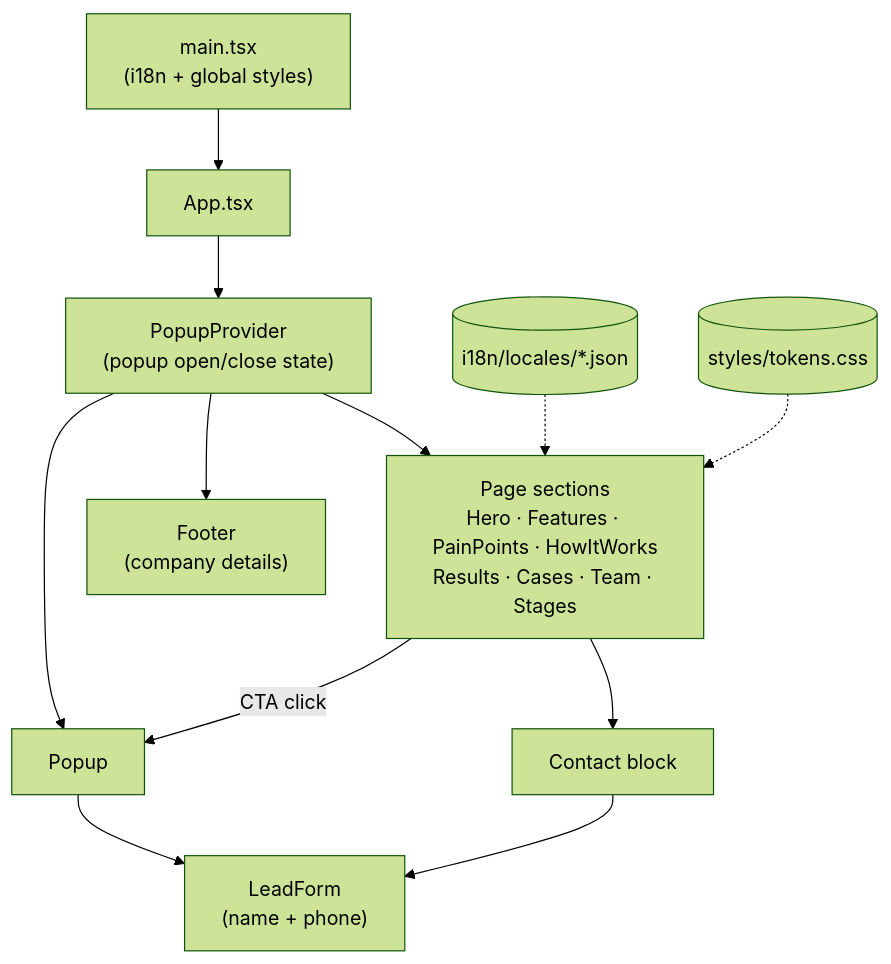
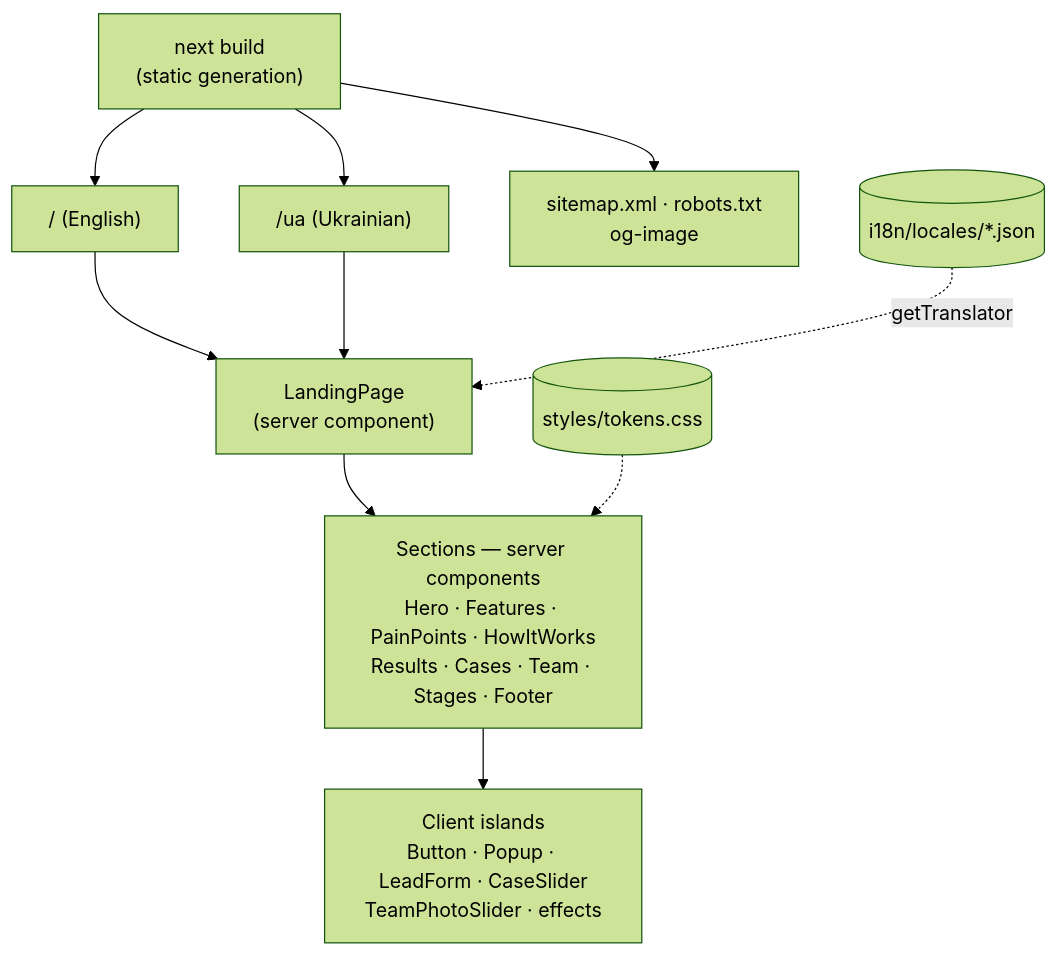
The diagram in README.md (Iteam-company/ai-team-nych-vision), drawn with Mermaid (forest theme) before and after one commit. The commit also changed other lines of this file and 56 other files, not shown here.

````diff
--- a/README.md
+++ b/README.md
@@ -42,13 +42,14 @@
 ```mermaid
 flowchart TD
-    Main["main.tsx\n(i18n + global styles)"] --> App["App.tsx"]
-    App --> Provider["PopupProvider\n(popup open/close state)"]
-    Provider --> Sections["Page sections\nHero · Features · PainPoints · HowItWorks\nResults · Cases · Team · Stages"]
-    Provider --> Footer["Footer\n(company details)"]
-    Provider --> Popup["Popup"]
-    Sections -- "CTA click" --> Popup
-    Popup --> Form["LeadForm\n(name + phone)"]
-    Sections --> Contact["Contact block"] --> Form
-    I18n[("i18n/locales/*.json")] -.-> Sections
+    Build["next build\n(static generation)"] --> EN["/ (English)"]
+    Build --> UA["/ua (Ukrainian)"]
+    Build --> Meta["sitemap.xml · robots.txt\nog-image"]
+
+    EN --> Landing["LandingPage\n(server component)"]
+    UA --> Landing
+    Landing --> Sections["Sections — server components\nHero · Features · PainPoints · HowItWorks\nResults · Cases · Team · Stages · Footer"]
+    Sections --> Islands["Client islands\nButton · Popup · LeadForm · CaseSlider\nTeamPhotoSlider · effects"]
+
+    Dict[("i18n/locales/*.json")] -. getTranslator .-> Landing
     Tokens[("styles/tokens.css")] -.-> Sections
 ```
````
